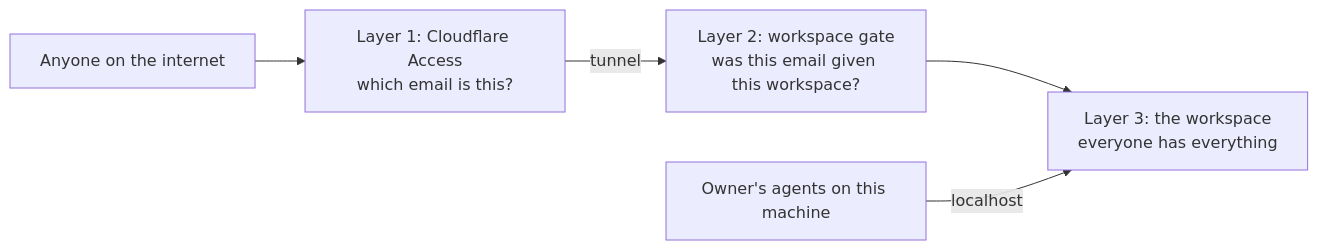
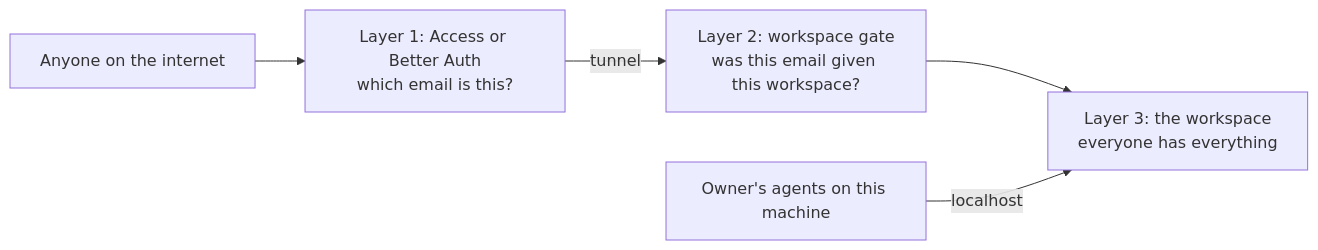
Before and after one commit to fryanpan/claude-workspaces-plugin: the diagram in docs/architecture/security.md, drawn with Mermaid. The commit also changed other lines of this file and 24 other files, not shown here.

First line of the commit message:
Better Auth steps 7-8: feed and relay on the board token; email, password and Turnstile; security.md (#1742)

````diff
--- a/docs/architecture/security.md
+++ b/docs/architecture/security.md
@@ -34,10 +34,10 @@
 ```mermaid
 flowchart LR
   world[Anyone on the internet]
-  access[Layer 1: Cloudflare Access<br/>which email is this?]
+  access[Layer 1: Access or Better Auth<br/>which email is this?]
   gate[Layer 2: workspace gate<br/>was this email given this workspace?]
   ws[Layer 3: the workspace<br/>everyone has everything]
   agents[Owner's agents on this machine]
   world --> access -->|tunnel| gate --> ws
   agents -->|localhost| ws
 ```
````
